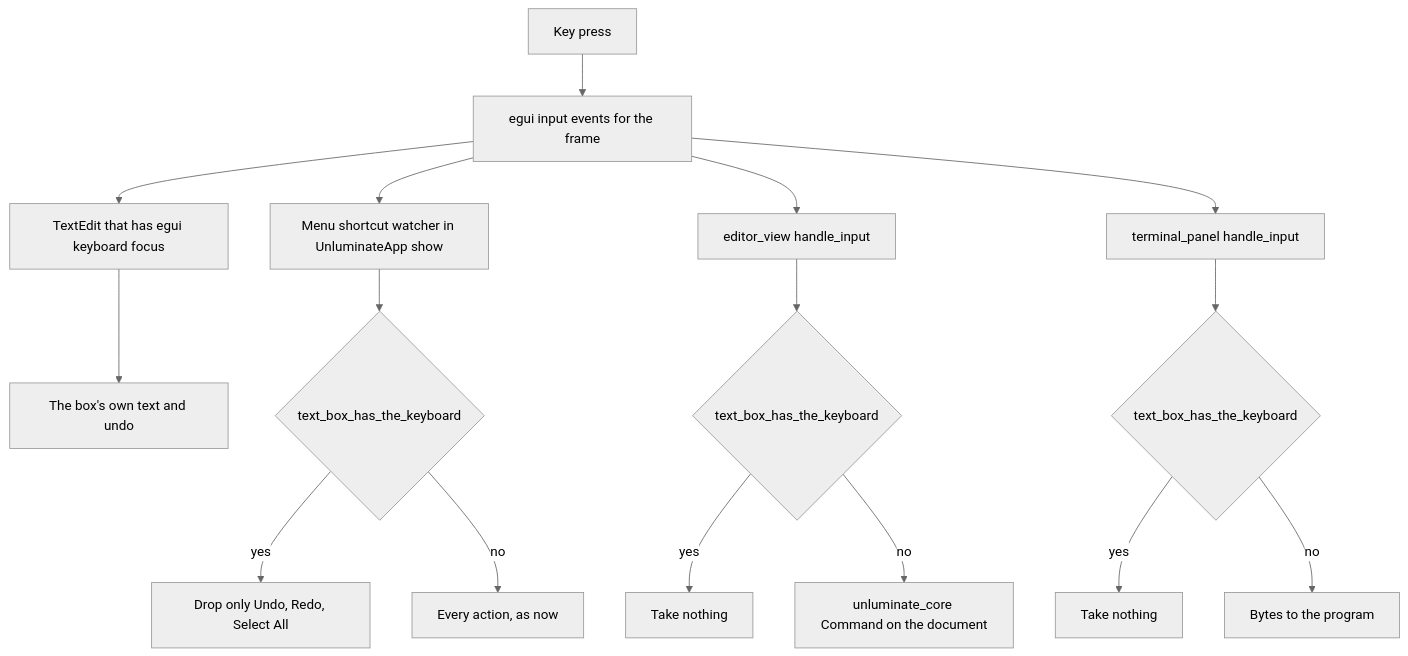
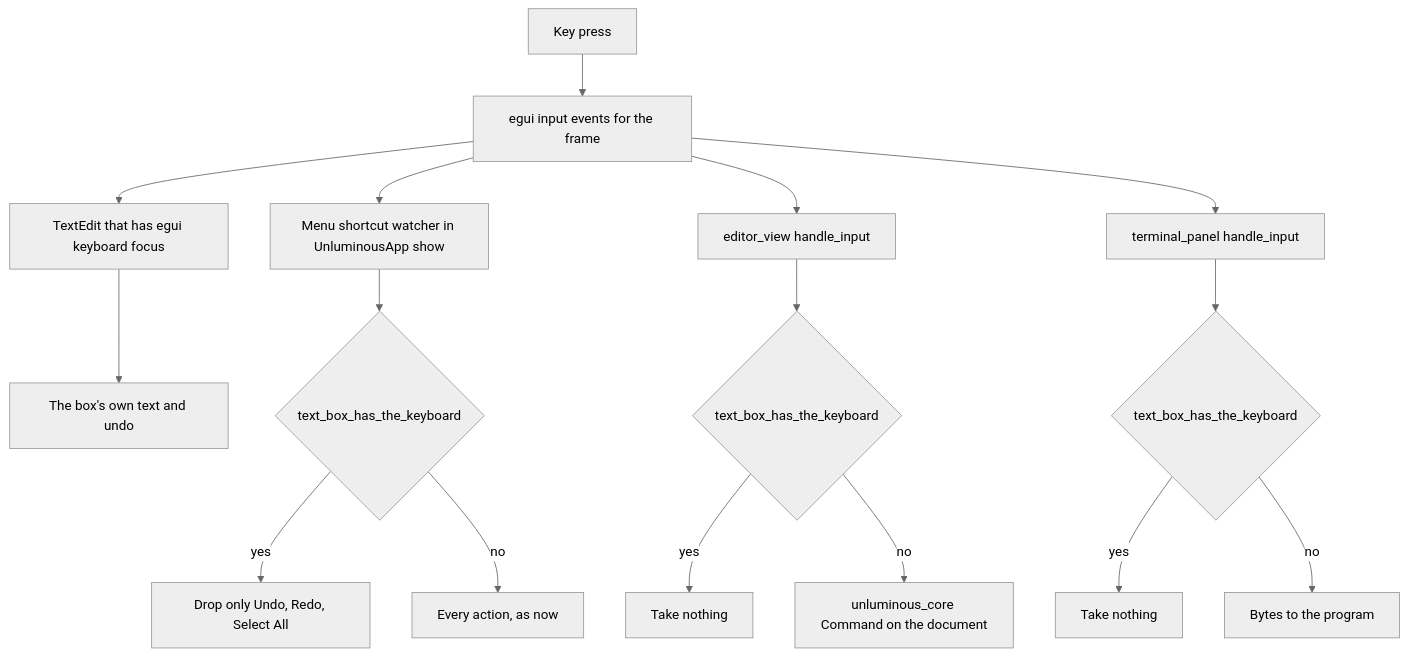
One commit to Black-Rainbow-Labs/Unluminous changed the diagram in tasks/task-1656-keyboard-focus-tdd.md. Above: the diagram before and after it, drawn with Mermaid (neutral theme). The commit also changed other lines of this file and 1327 other files, not shown here.

````diff
--- a/tasks/task-1656-keyboard-focus-tdd.md
+++ b/tasks/task-1656-keyboard-focus-tdd.md
@@ -72,21 +72,21 @@
 ```mermaid
 flowchart TD
     OS[Key press] --> RAW[egui input events for the frame]
     RAW --> TE[TextEdit that has egui keyboard focus]
-    RAW --> SC[Menu shortcut watcher in UnluminateApp show]
+    RAW --> SC[Menu shortcut watcher in UnluminousApp show]
     RAW --> ED[editor_view handle_input]
     RAW --> TERM[terminal_panel handle_input]
 
     TE --> BOX[The box's own text and undo]
 
     SC --> Q1{text_box_has_the_keyboard}
     ED --> Q2{text_box_has_the_keyboard}
     TERM --> Q3{text_box_has_the_keyboard}
 
     Q1 -->|yes| DROP1[Drop only Undo, Redo, Select All]
     Q1 -->|no| ACT[Every action, as now]
     Q2 -->|yes| DROP2[Take nothing]
-    Q2 -->|no| DOC[unluminate_core Command on the document]
+    Q2 -->|no| DOC[unluminous_core Command on the document]
     Q3 -->|yes| DROP3[Take nothing]
     Q3 -->|no| PTY[Bytes to the program]
 ```
````
